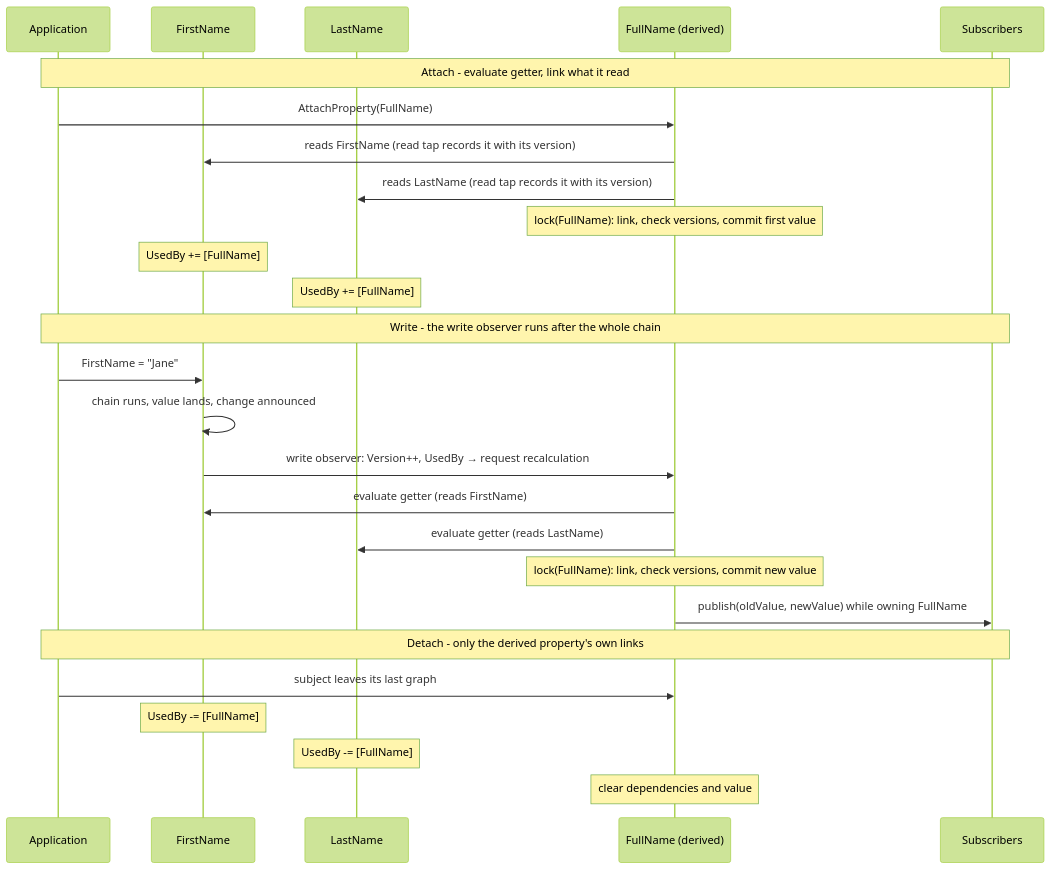
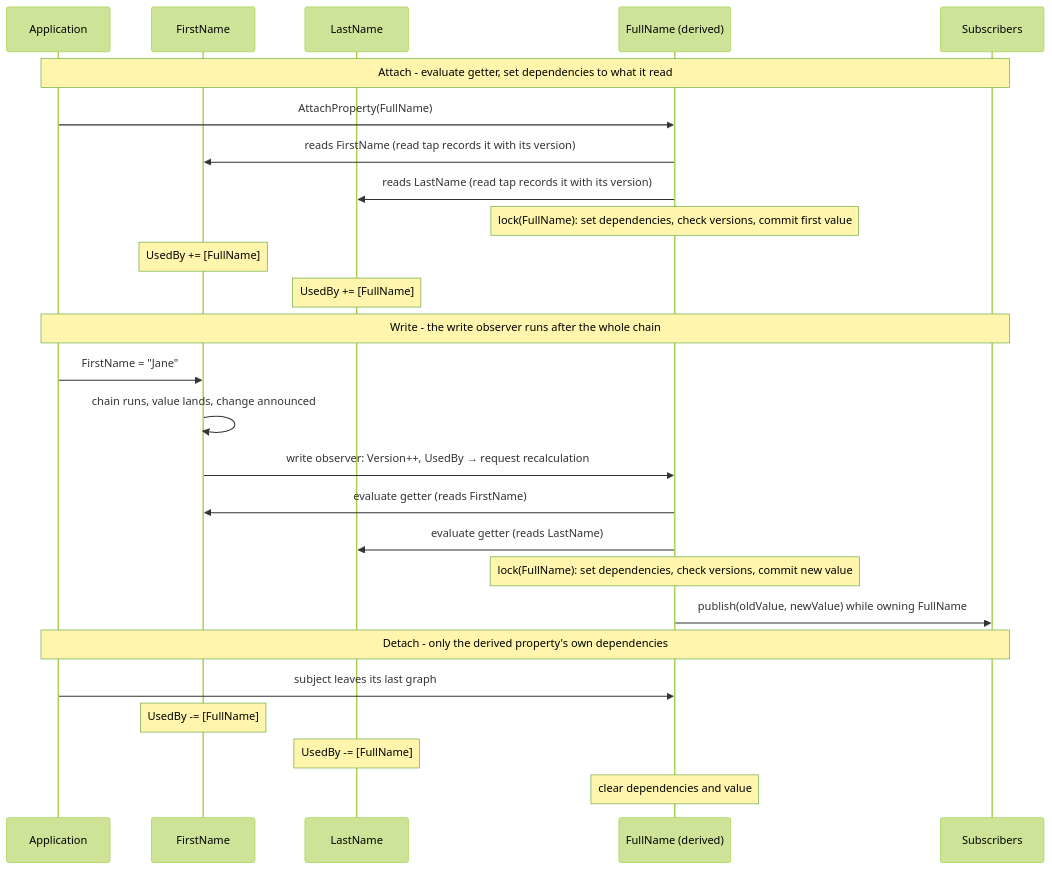
One commit to RicoSuter/Namotion.Interceptor changed the first of 2 diagrams in docs/design/tracking-derived-properties.md. Above: the diagram before and after it, drawn with Mermaid (forest theme). The commit also changed other lines of this file and 15 other files, not shown here.

Commit message:
refactor: name dependency links dependencies throughout

````diff
--- a/docs/design/tracking-derived-properties.md
+++ b/docs/design/tracking-derived-properties.md
@@ -96,31 +98,31 @@
 ```mermaid
 sequenceDiagram
     participant App as Application
     participant FN as FirstName
     participant LN as LastName
     participant Full as FullName (derived)
     participant Sub as Subscribers
 
-    Note over App,Sub: Attach - evaluate getter, link what it read
+    Note over App,Sub: Attach - evaluate getter, set dependencies to what it read
     App->>Full: AttachProperty(FullName)
     Full->>FN: reads FirstName (read tap records it with its version)
     Full->>LN: reads LastName (read tap records it with its version)
-    Note over Full: lock(FullName): link, check versions, commit first value
+    Note over Full: lock(FullName): set dependencies, check versions, commit first value
     Note over FN: UsedBy += [FullName]
     Note over LN: UsedBy += [FullName]
 
     Note over App,Sub: Write - the write observer runs after the whole chain
     App->>FN: FirstName = "Jane"
     FN->>FN: chain runs, value lands, change announced
     FN->>Full: write observer: Version++, UsedBy → request recalculation
     Full->>FN: evaluate getter (reads FirstName)
     Full->>LN: evaluate getter (reads LastName)
-    Note over Full: lock(FullName): link, check versions, commit new value
+    Note over Full: lock(FullName): set dependencies, check versions, commit new value
     Full->>Sub: publish(oldValue, newValue) while owning FullName
 
-    Note over App,Sub: Detach - only the derived property's own links
+    Note over App,Sub: Detach - only the derived property's own dependencies
     App->>Full: subject leaves its last graph
     Note over FN: UsedBy -= [FullName]
     Note over LN: UsedBy -= [FullName]
     Note over Full: clear dependencies and value
 ```
````
